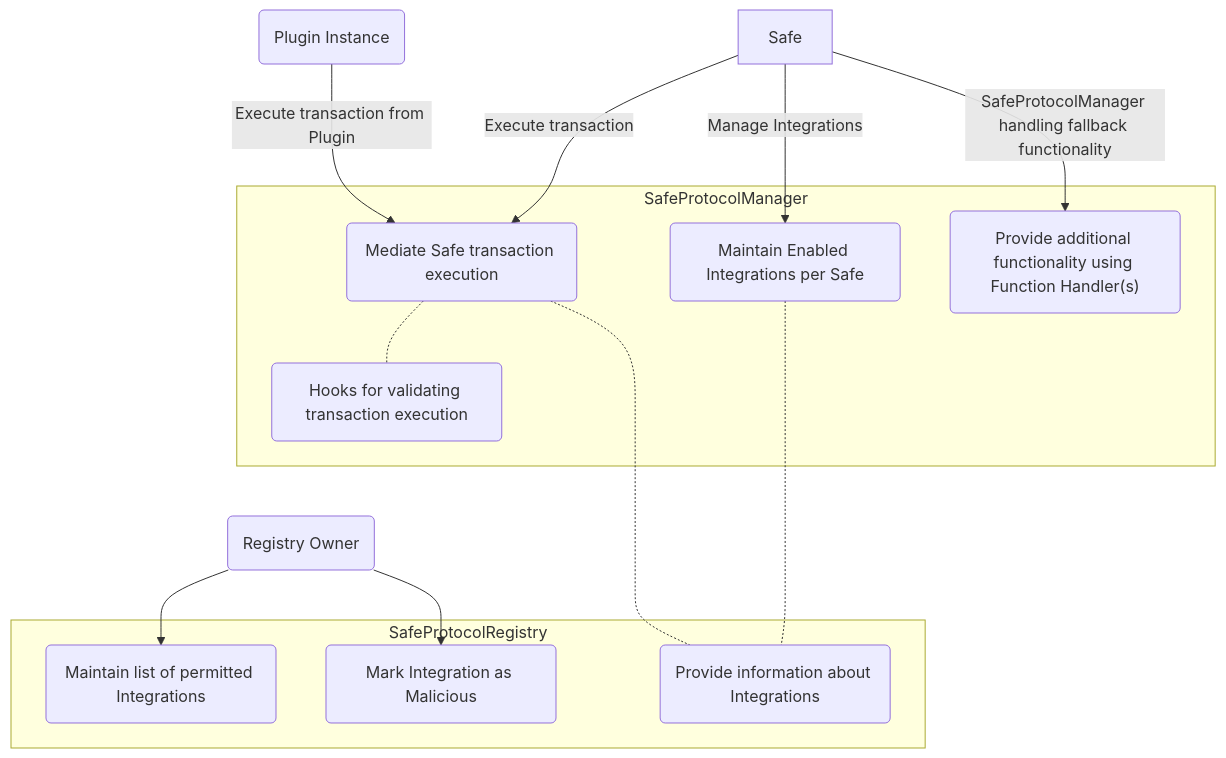
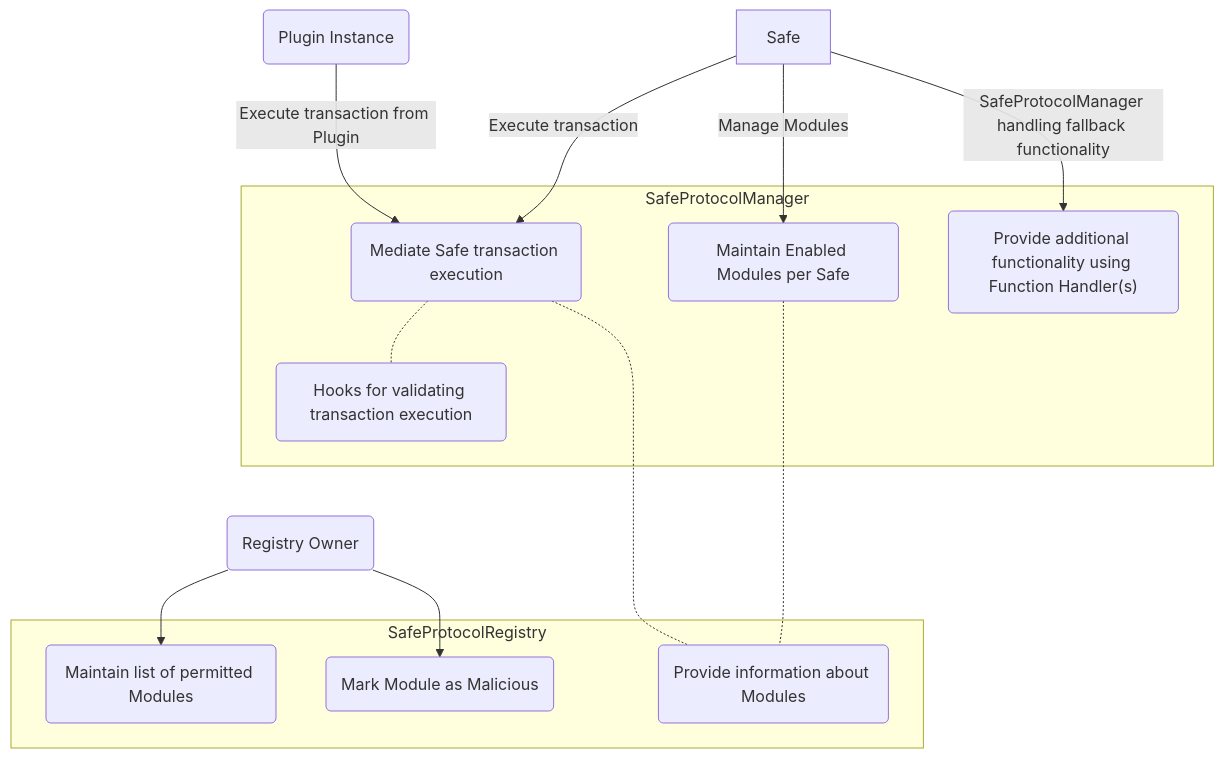
The first of 2 diagrams in README.md (5afe/safe-core-protocol), drawn with Mermaid before and after one commit. The commit also changed other lines of this file and 17 other files, not shown here.

Commit message:
[#84] Bulk rename integration to module and verifier to validator (#85)

````diff
--- a/README.md
+++ b/README.md
@@ -15,25 +15,25 @@
 ```mermaid
 graph TD
     Safe -->|Execute transaction| Monitor
-    Safe -->|Manage Integrations| Store
+    Safe -->|Manage Modules| Store
     Safe -->|SafeProtocolManager handling fallback functionality| FunctionHandlerSupport
     PluginInstance(Plugin Instance) -->|Execute transaction from Plugin| Monitor
     RegistryOwner("Registry Owner") --> Maintain
     RegistryOwner("Registry Owner") --> Flag
 
 subgraph SafeProtocolManager
-	Store(Maintain Enabled Integrations per Safe)
+	Store(Maintain Enabled Modules per Safe)
     Monitor(Mediate Safe transaction execution)
     FunctionHandlerSupport("Provide additional functionality using Function Handler(s)")
     HooksSupport("Hooks for validating transaction execution")
     Monitor -.- HooksSupport
 end
 
 subgraph SafeProtocolRegistry
-	AllowQuery(Provide information about Integrations)
-    Maintain("Maintain list of permitted Integrations")
-    Flag("Mark Integration as Malicious")
+	AllowQuery(Provide information about Modules)
+    Maintain("Maintain list of permitted Modules")
+    Flag("Mark Module as Malicious")
     Monitor -...- AllowQuery
     Store -...- AllowQuery
 end
 ```
````
